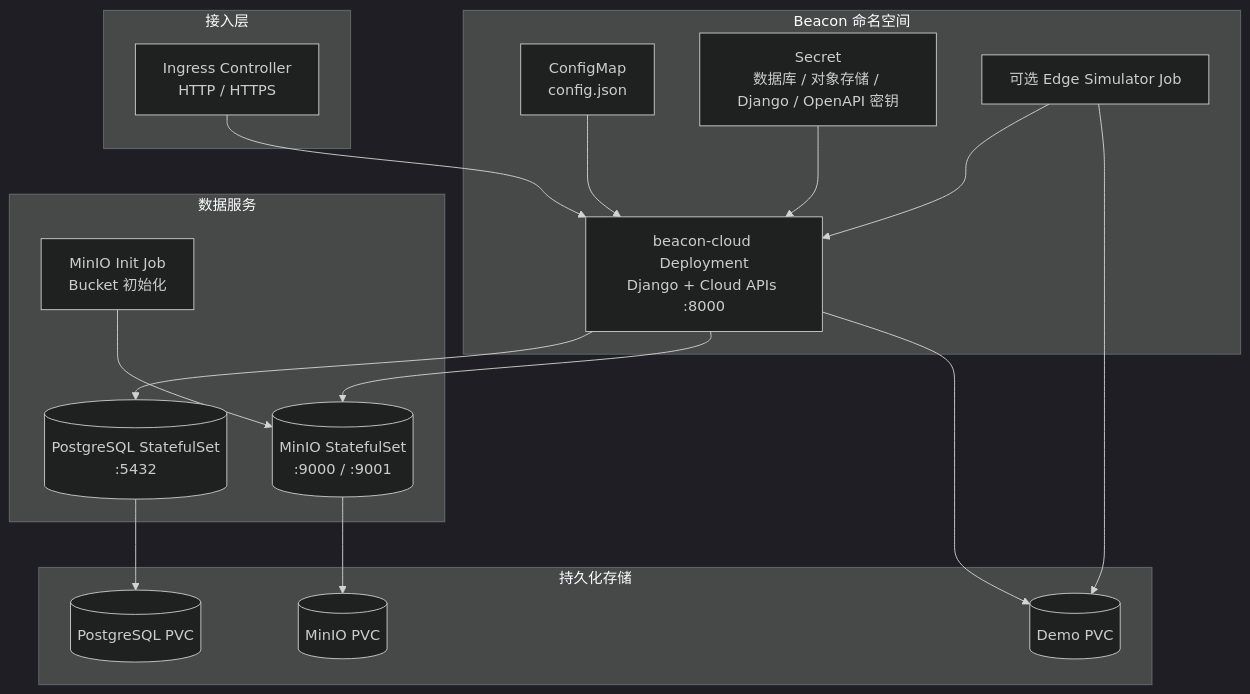
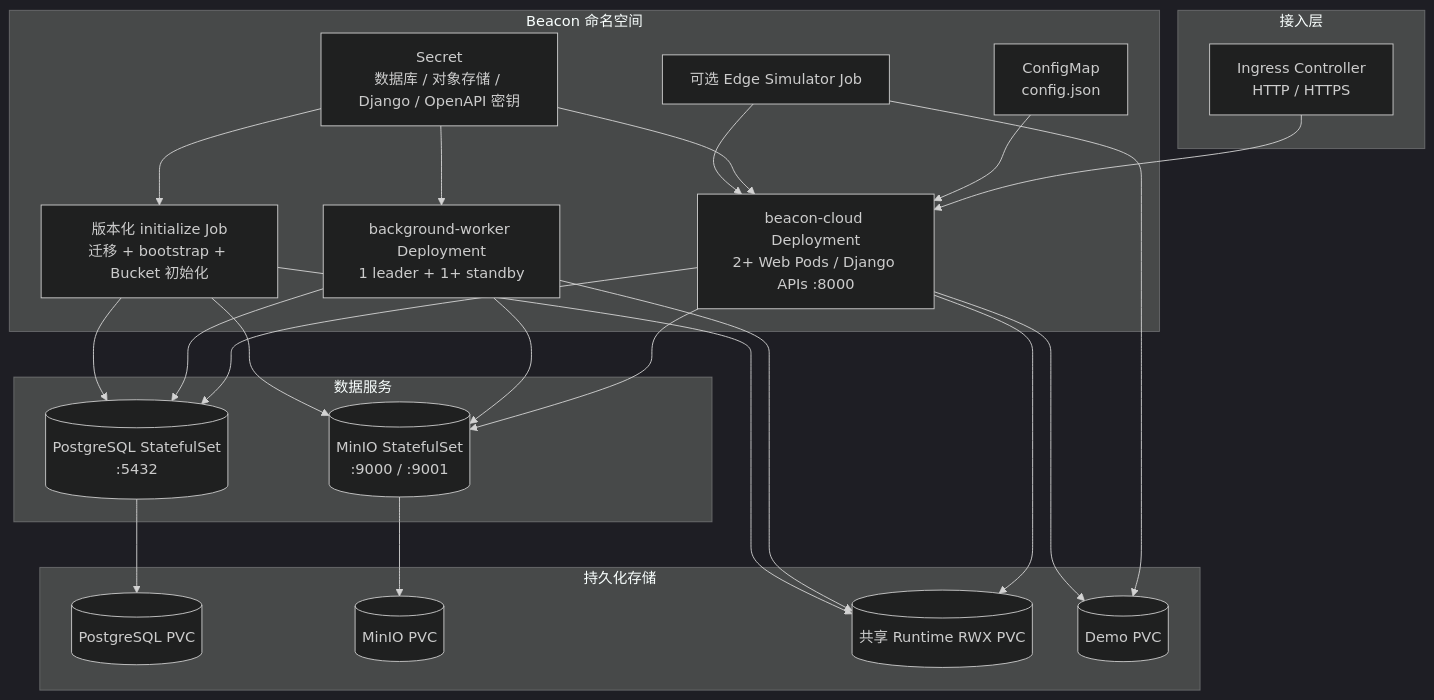
One commit to skygazer42/Beacon changed the diagram in docs/deployment/kubernetes.md. Above: the diagram before and after it, drawn with Mermaid (dark theme). The commit also changed other lines of this file and 116 other files, not shown here.

````diff
--- a/docs/deployment/kubernetes.md
+++ b/docs/deployment/kubernetes.md
@@ -64,37 +68,47 @@
 ```mermaid
 graph TD
     subgraph 接入层
         Ingress[Ingress Controller<br/>HTTP / HTTPS]
     end
 
     subgraph Beacon 命名空间
-        Cloud[beacon-cloud Deployment<br/>Django + Cloud APIs :8000]
+        Cloud[beacon-cloud Deployment<br/>2+ Web Pods / Django APIs :8000]
+        Worker[background-worker Deployment<br/>1 leader + 1+ standby]
+        Init[版本化 initialize Job<br/>迁移 + bootstrap + Bucket 初始化]
         Config[ConfigMap<br/>config.json]
         Secret[Secret<br/>数据库 / 对象存储 / Django / OpenAPI 密钥]
         EdgeJob[可选 Edge Simulator Job]
     end
 
     subgraph 数据服务
         Postgres[(PostgreSQL StatefulSet<br/>:5432)]
         MinIO[(MinIO StatefulSet<br/>:9000 / :9001)]
-        InitJob[MinIO Init Job<br/>Bucket 初始化]
     end
 
     subgraph 持久化存储
         PGData[(PostgreSQL PVC)]
         MinIOData[(MinIO PVC)]
+        RuntimeData[(共享 Runtime RWX PVC)]
         DemoPVC[(Demo PVC)]
     end
 
     Ingress --> Cloud
     Config --> Cloud
     Secret --> Cloud
+    Secret --> Worker
+    Secret --> Init
     Cloud --> Postgres
     Cloud --> MinIO
-    InitJob --> MinIO
+    Worker --> Postgres
+    Worker --> MinIO
+    Init --> Postgres
+    Init --> MinIO
     EdgeJob --> Cloud
     Postgres --> PGData
     MinIO --> MinIOData
+    Cloud --> RuntimeData
+    Worker --> RuntimeData
+    Init --> RuntimeData
     EdgeJob --> DemoPVC
     Cloud --> DemoPVC
 ```
````
